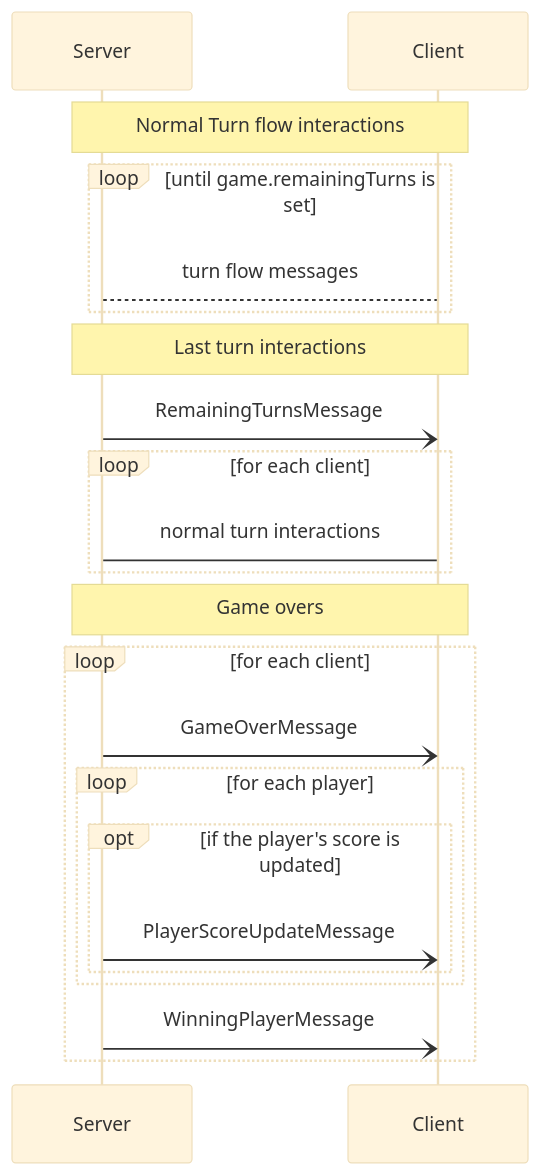
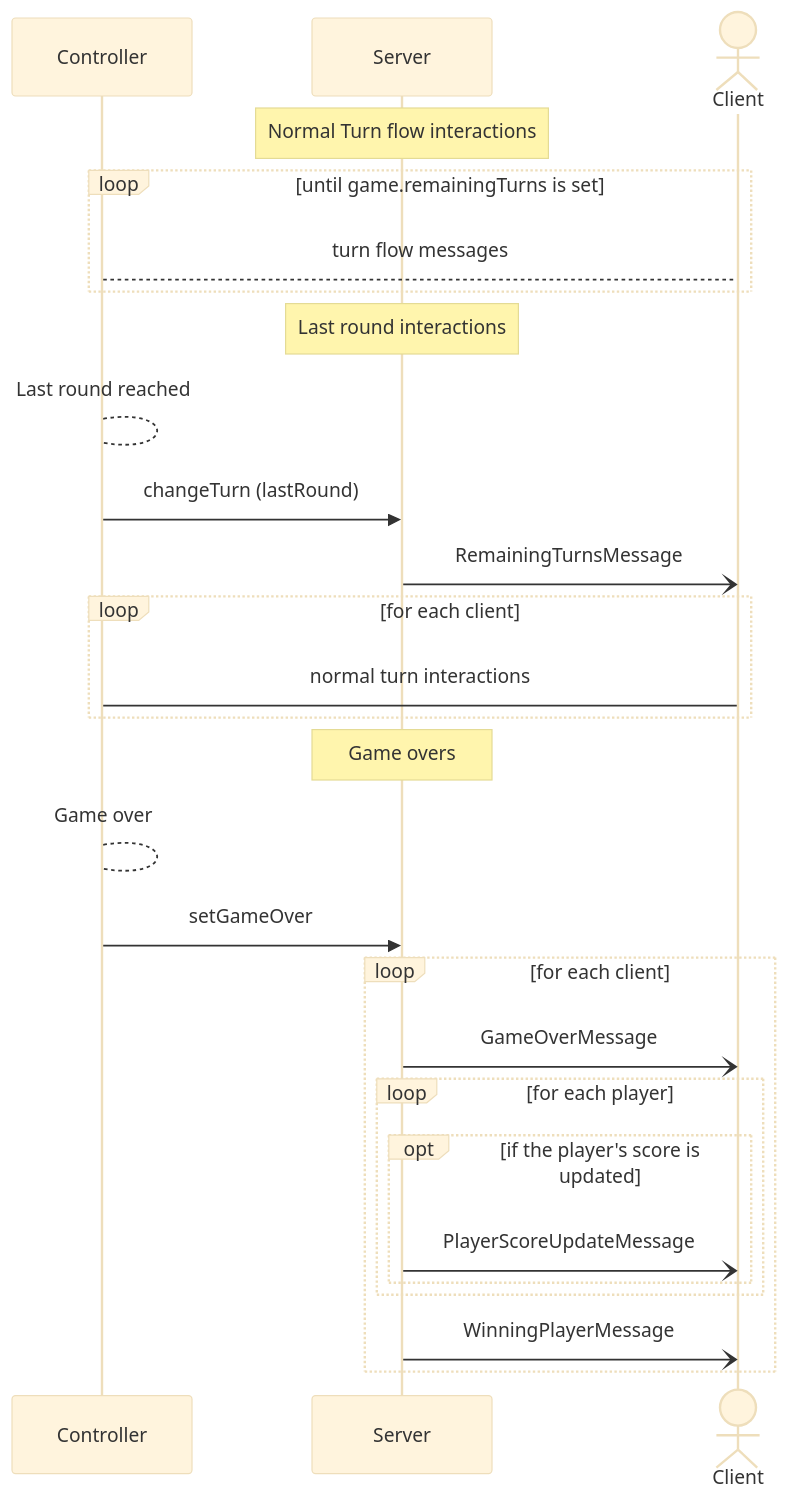
Before and after one commit to frephs/IS24-AM21: the fifth of 6 diagrams in documentation_wip/network_protocol.md, drawn with Mermaid (base theme).

Commit message:
docs: update game-over flow with controller interactions

````diff
--- a/documentation_wip/network_protocol.md
+++ b/documentation_wip/network_protocol.md
@@ -188,24 +188,33 @@
 ```mermaid
 sequenceDiagram
-    Note over Server,Client: Normal Turn flow interactions
+    participant Controller
+    participant Server
+    actor Client
+
+    Note over Server: Normal Turn flow interactions
     loop until game.remainingTurns is set
-        Server --> Client : turn flow messages 
+        Controller --> Client : turn flow messages 
     end 
 
-    Note over Server,Client: Last turn interactions
+    Note over Server: Last round interactions
+    Controller --> Controller: Last round reached
+    Controller ->> Server: changeTurn (lastRound)
+
     Server -) Client : RemainingTurnsMessage 
     loop for each client 
-        Server -> Client : normal turn interactions 
+        Controller -> Client : normal turn interactions 
     end 
     
-    Note over Server,Client: Game overs
+    Note over Server: Game overs
+    Controller --> Controller: Game over
+    Controller ->> Server: setGameOver
     loop for each client 
         Server -) Client : GameOverMessage
         loop for each player
             opt if the player's score is updated
                 Server -) Client : PlayerScoreUpdateMessage
             end
         end
         Server -) Client : WinningPlayerMessage  
     end
 ```
````
